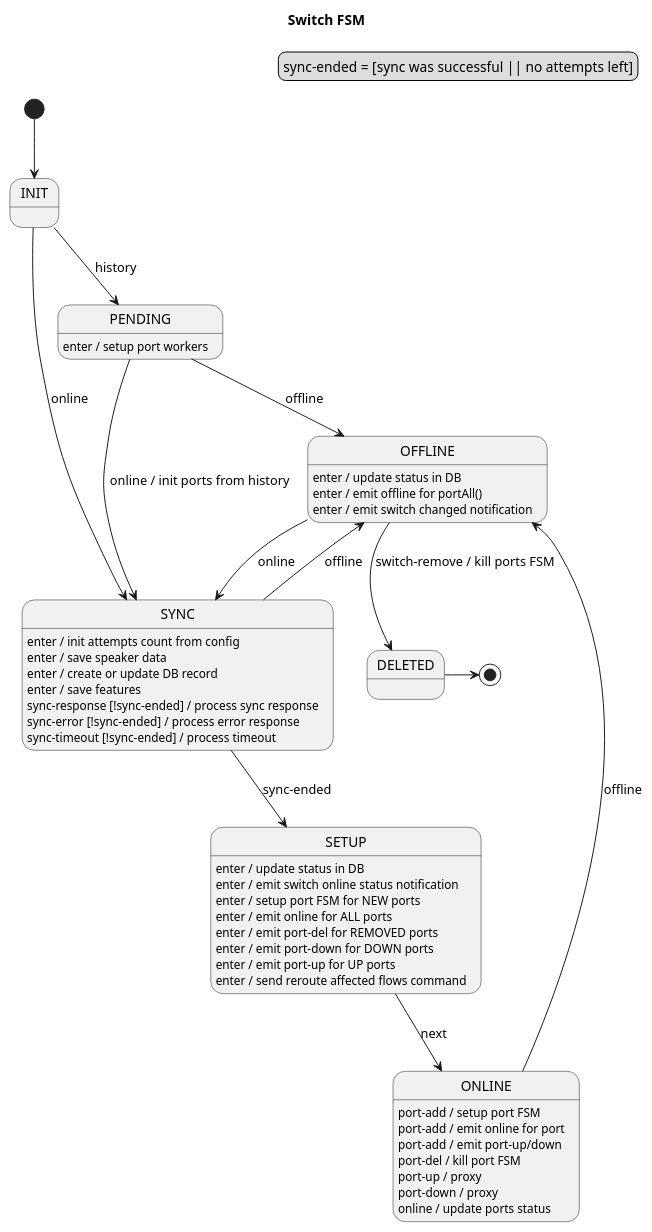
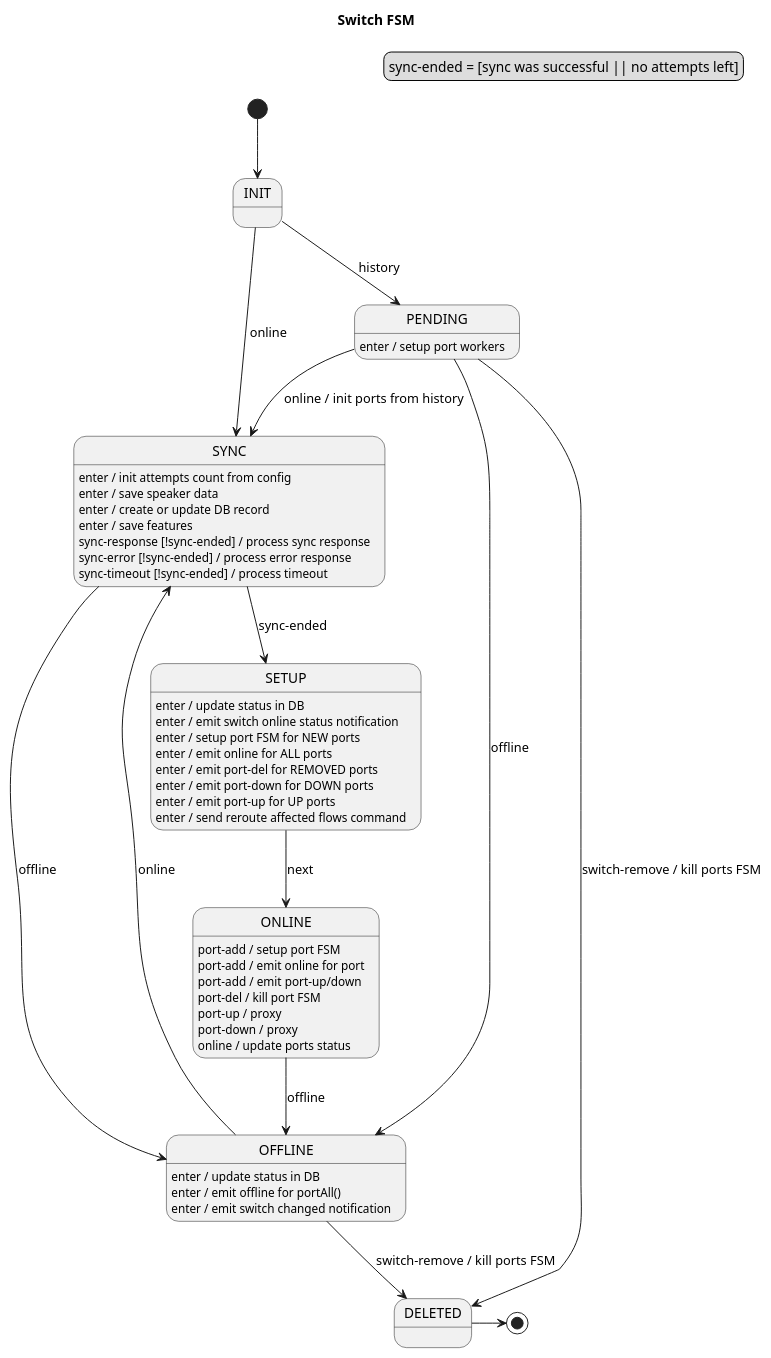
The diagram in docs/design/network-discovery/switch-FSM.puml (telstra/open-kilda), drawn with PlantUML before and after one commit. The commit also changed 2 other files, not shown here.

Commit message:
Add Hadnling on Switch Remove from pending state

```diff
--- a/docs/design/network-discovery/switch-FSM.puml
+++ b/docs/design/network-discovery/switch-FSM.puml
@@ -22,53 +22,54 @@
 @startuml
 title Switch FSM
 
 legend top right
     sync-ended = [sync was successful || no attempts left]
 endlegend
 
 [*] --> INIT
 
 INIT --> SYNC : online
 INIT --> PENDING : history
 
 PENDING : enter / setup port workers
 PENDING --> SYNC : online / init ports from history
+PENDING --> DELETED: switch-remove / kill ports FSM
 PENDING --> OFFLINE : offline
 
 SYNC : enter / init attempts count from config
 SYNC : enter / save speaker data
 SYNC : enter / create or update DB record
 SYNC : enter / save features
 SYNC : sync-response [!sync-ended] / process sync response
 SYNC : sync-error [!sync-ended] / process error response
 SYNC : sync-timeout [!sync-ended] / process timeout
 SYNC --> SETUP : sync-ended
 SYNC --> OFFLINE : offline
 
 SETUP : enter / update status in DB
 SETUP : enter / emit switch online status notification
 SETUP : enter / setup port FSM for NEW ports
 SETUP : enter / emit online for ALL ports
 SETUP : enter / emit port-del for REMOVED ports
 SETUP : enter / emit port-down for DOWN ports
 SETUP : enter / emit port-up for UP ports
 SETUP : enter / send reroute affected flows command
 SETUP --> ONLINE : next
 
 ONLINE : port-add / setup port FSM
 ONLINE : port-add / emit online for port
 ONLINE : port-add / emit port-up/down
 ONLINE : port-del / kill port FSM
 ONLINE : port-up / proxy
 ONLINE : port-down / proxy
 ONLINE : online / update ports status
 ONLINE --> OFFLINE : offline
 
 OFFLINE : enter / update status in DB
 OFFLINE : enter / emit offline for portAll()
 OFFLINE : enter / emit switch changed notification
 OFFLINE --> SYNC : online
 OFFLINE --> DELETED: switch-remove / kill ports FSM
 DELETED -> [*]
 
 @enduml
```
